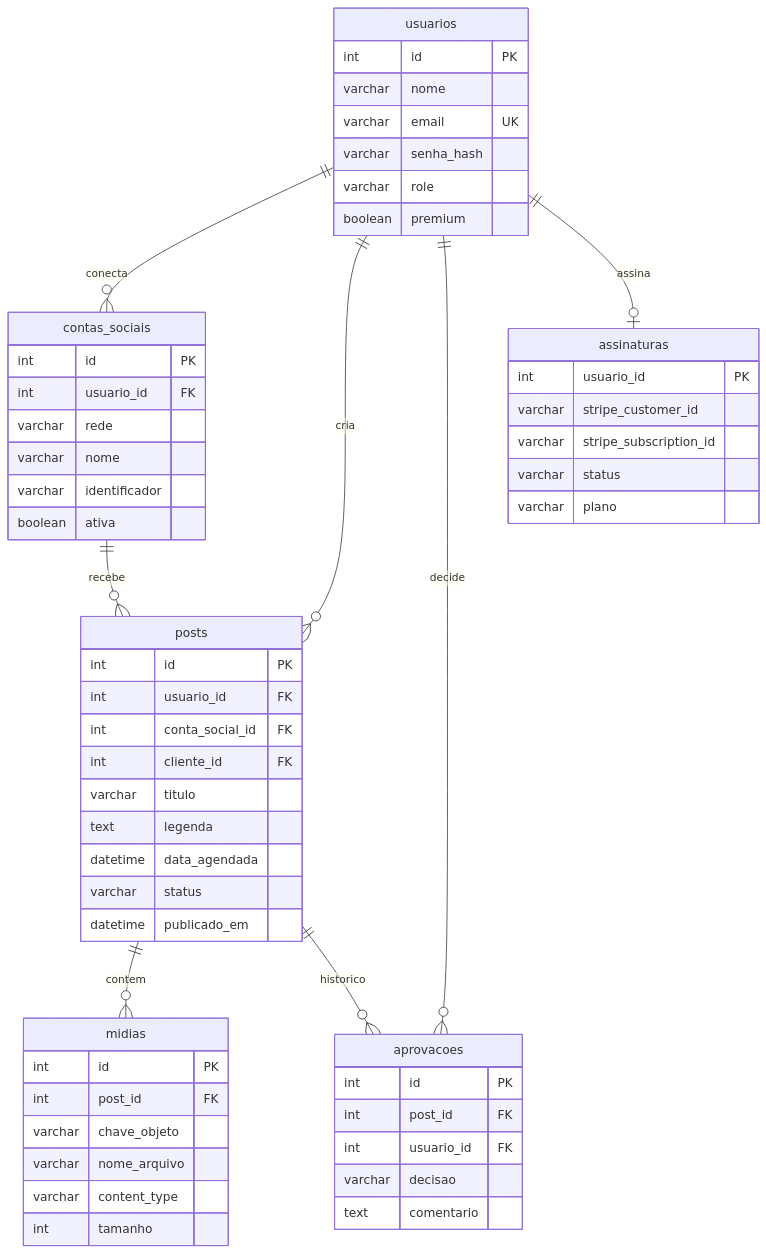
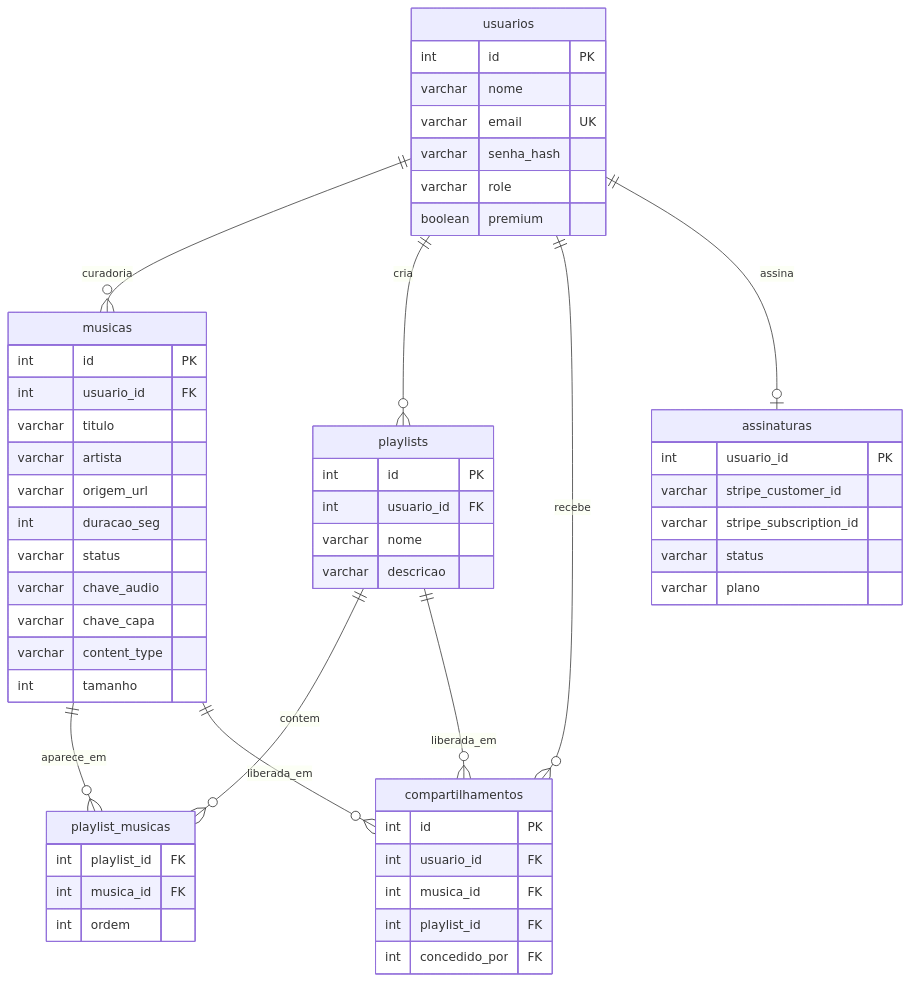
One commit to mateussantospereira/music-sass changed the second of 2 diagrams in README.md. Above: the diagram before and after it, drawn with Mermaid. The commit also changed other lines of this file, not shown here.

````diff
--- a/README.md
+++ b/README.md
@@ -158,60 +163,58 @@
 ```mermaid
 erDiagram
-    usuarios ||--o{ contas_sociais : conecta
-    usuarios ||--o{ posts : cria
-    usuarios ||--o{ aprovacoes : decide
+    usuarios ||--o{ musicas : curadoria
+    usuarios ||--o{ playlists : cria
+    usuarios ||--o{ compartilhamentos : recebe
     usuarios ||--o| assinaturas : assina
-    contas_sociais ||--o{ posts : recebe
-    posts ||--o{ midias : contem
-    posts ||--o{ aprovacoes : historico
+    playlists ||--o{ playlist_musicas : contem
+    musicas ||--o{ playlist_musicas : aparece_em
+    musicas ||--o{ compartilhamentos : liberada_em
+    playlists ||--o{ compartilhamentos : liberada_em
 
     usuarios {
         int id PK
         varchar nome
         varchar email UK
         varchar senha_hash
         varchar role
         boolean premium
     }
-    contas_sociais {
+    musicas {
         int id PK
         int usuario_id FK
-        varchar rede
-        varchar nome
-        varchar identificador
-        boolean ativa
-    }
-    posts {
-        int id PK
-        int usuario_id FK
-        int conta_social_id FK
-        int cliente_id FK
         varchar titulo
-        text legenda
-        datetime data_agendada
+        varchar artista
+        varchar origem_url
+        int duracao_seg
         varchar status
-        datetime publicado_em
-    }
-    midias {
-        int id PK
-        int post_id FK
-        varchar chave_objeto
-        varchar nome_arquivo
+        varchar chave_audio
+        varchar chave_capa
         varchar content_type
         int tamanho
     }
-    aprovacoes {
+    playlists {
         int id PK
-        int post_id FK
         int usuario_id FK
-        varchar decisao
-        text comentario
+        varchar nome
+        varchar descricao
+    }
+    playlist_musicas {
+        int playlist_id FK
+        int musica_id FK
+        int ordem
+    }
+    compartilhamentos {
+        int id PK
+        int usuario_id FK
+        int musica_id FK
+        int playlist_id FK
+        int concedido_por FK
     }
     assinaturas {
         int usuario_id PK
         varchar stripe_customer_id
         varchar stripe_subscription_id
         varchar status
         varchar plano
     }
 ```
````
